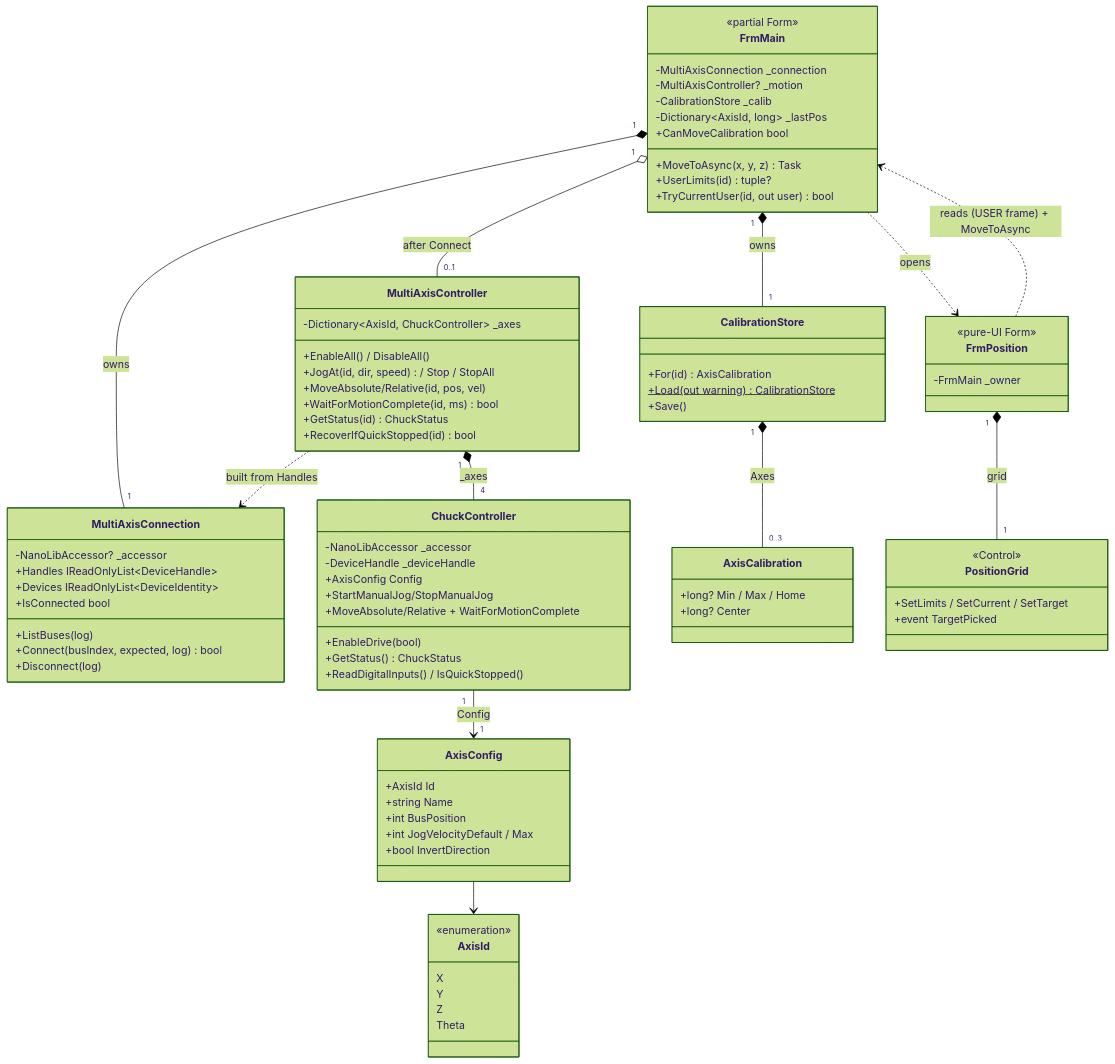
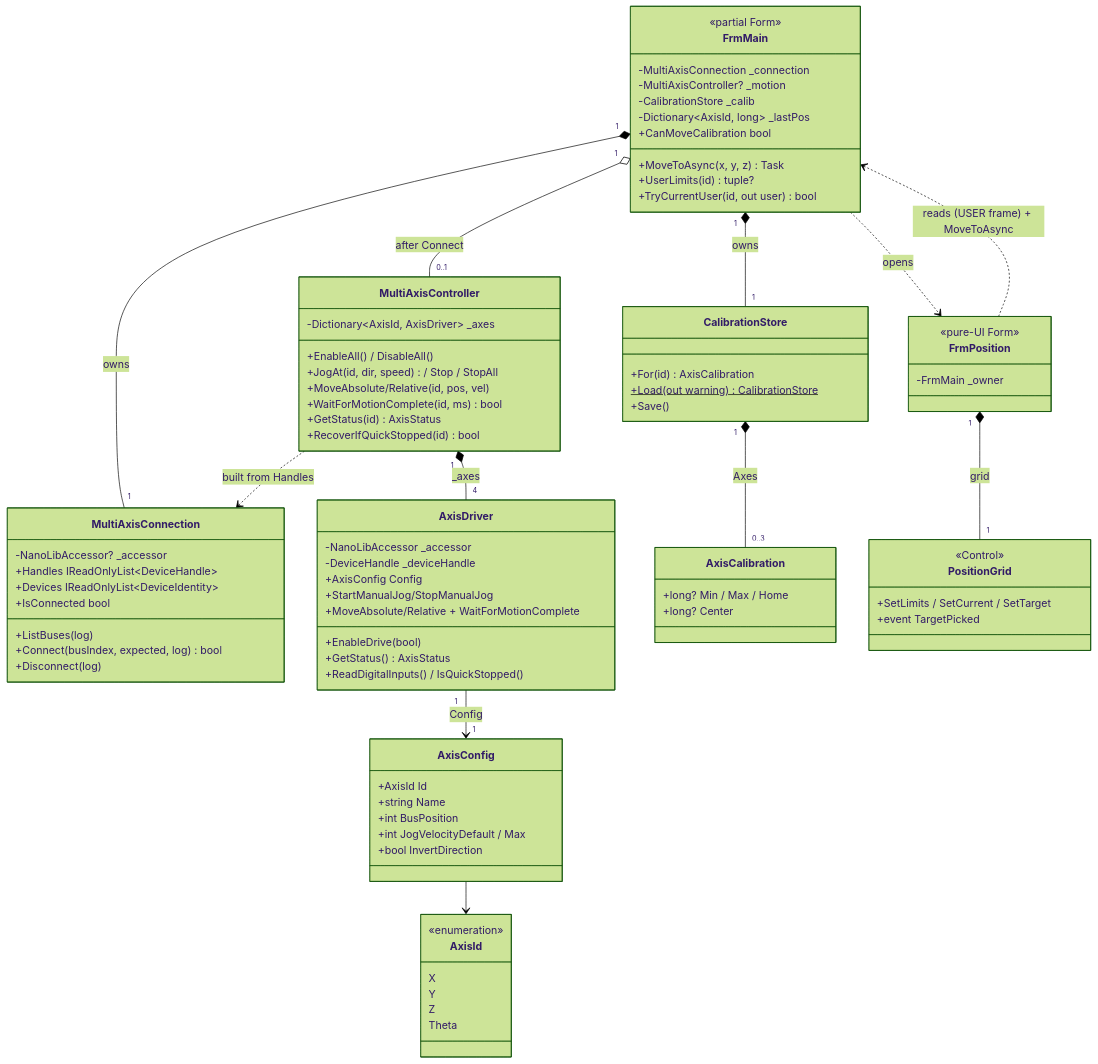
One commit to alexanderYaw/nanotec-controller changed the second of 6 diagrams in Developer Guide/README.md. Above: the diagram before and after it, drawn with Mermaid (forest theme). The commit also changed other lines of this file and 1 other file, not shown here.

```diff
--- a/Developer Guide/README.md
+++ b/Developer Guide/README.md
@@ -68,22 +69,22 @@
         +Disconnect(log)
     }
     class MultiAxisController {
-        -Dictionary~AxisId, ChuckController~ _axes
+        -Dictionary~AxisId, AxisDriver~ _axes
         +EnableAll() / DisableAll()
         +JogAt(id, dir, speed) / Stop / StopAll
         +MoveAbsolute/Relative(id, pos, vel)
         +WaitForMotionComplete(id, ms) bool
-        +GetStatus(id) ChuckStatus
+        +GetStatus(id) AxisStatus
         +RecoverIfQuickStopped(id) bool
     }
-    class ChuckController {
+    class AxisDriver {
         -NanoLibAccessor _accessor
         -DeviceHandle _deviceHandle
         +AxisConfig Config
         +EnableDrive(bool)
         +StartManualJog/StopManualJog
         +MoveAbsolute/Relative + WaitForMotionComplete
-        +GetStatus() ChuckStatus
+        +GetStatus() AxisStatus
         +ReadDigitalInputs() / IsQuickStopped()
     }
     class AxisConfig {
@@ -123,9 +124,9 @@
     FrmMain "1" o-- "0..1" MultiAxisController : after Connect
     FrmMain "1" *-- "1" CalibrationStore : owns
     FrmMain ..> FrmPosition : opens
-    MultiAxisController "1" *-- "4" ChuckController : _axes
+    MultiAxisController "1" *-- "4" AxisDriver : _axes
     MultiAxisController ..> MultiAxisConnection : built from Handles
-    ChuckController "1" --> "1" AxisConfig : Config
+    AxisDriver "1" --> "1" AxisConfig : Config
     CalibrationStore "1" *-- "0..3" AxisCalibration : Axes
     AxisConfig --> AxisId
     FrmPosition "1" *-- "1" PositionGrid : grid
```
